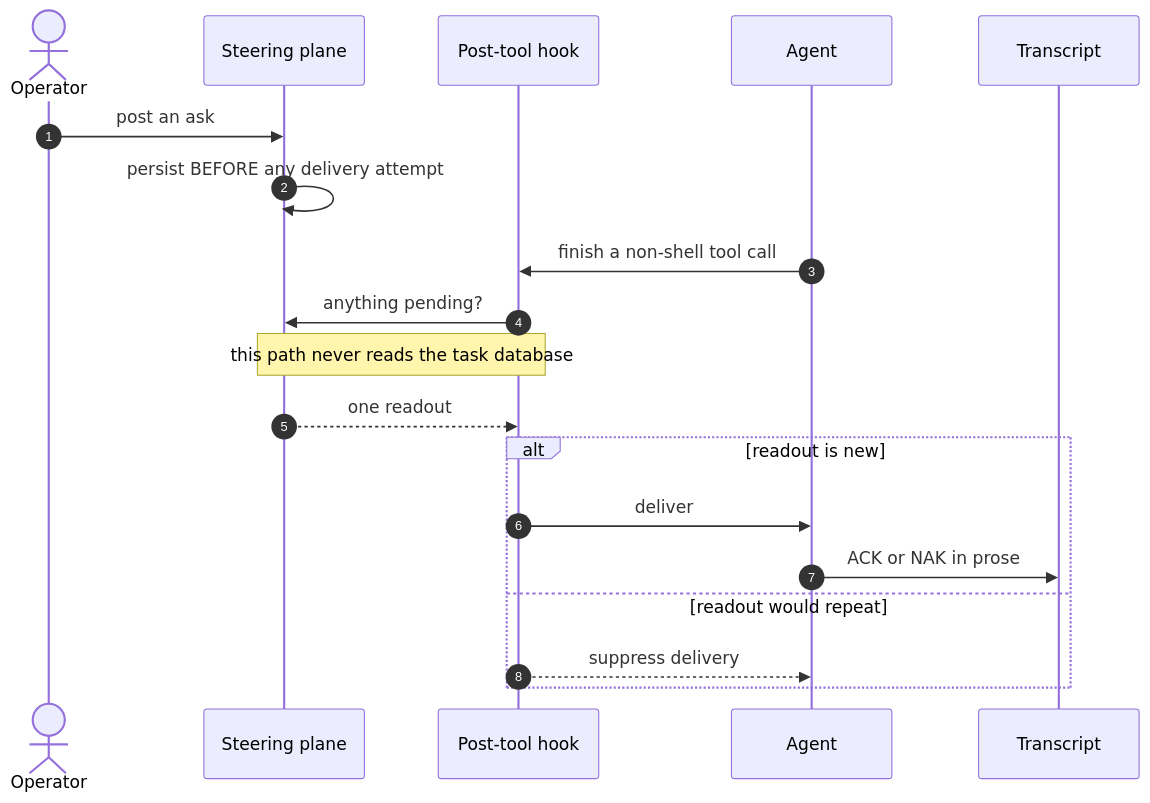
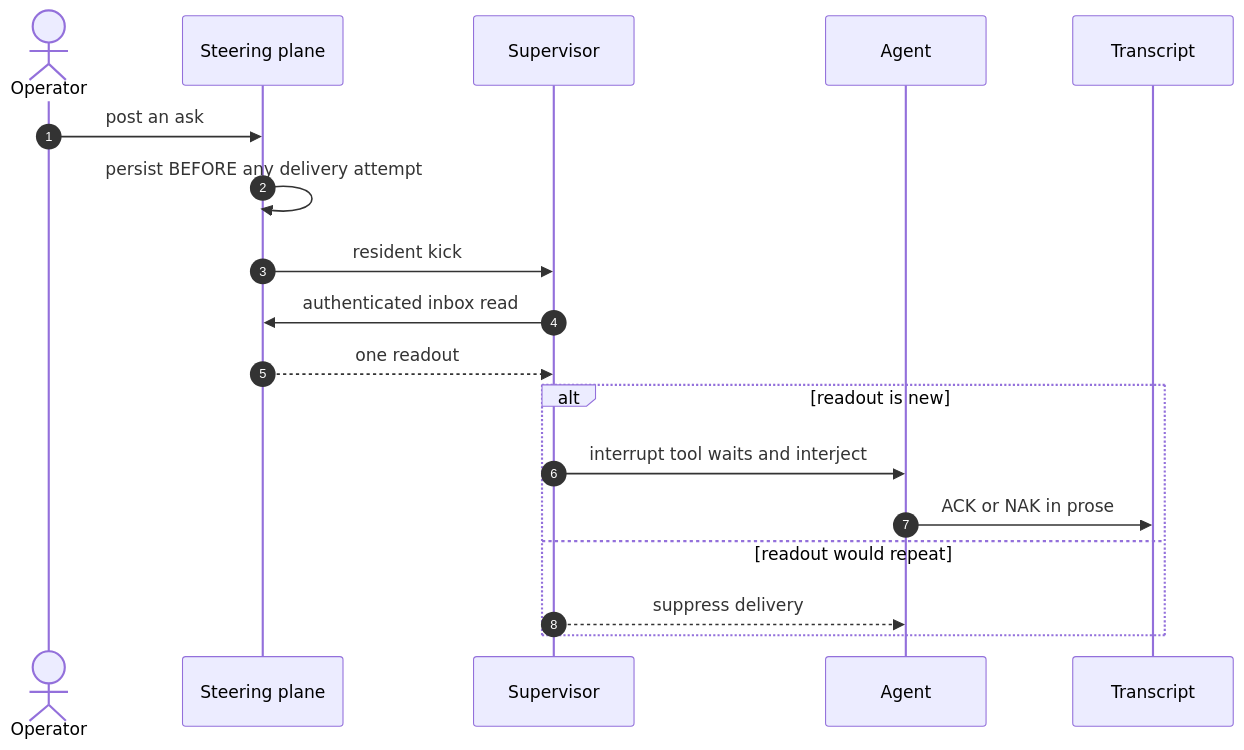
One commit to infimalabs/spice-rust changed the ninth of 11 diagrams in docs/product/planes/session.md. Above: the diagram before and after it, drawn with Mermaid. The commit also changed other lines of this file and 195 other files, not shown here.

````diff
--- a/docs/product/planes/session.md
+++ b/docs/product/planes/session.md
@@ -399,22 +399,21 @@
 ```mermaid
 sequenceDiagram
   autonumber
   actor OP as Operator
   participant ST as Steering plane
-  participant HK as Post-tool hook
+  participant SV as Supervisor
   participant AG as Agent
   participant TR as Transcript
 
   OP->>ST: post an ask
   ST->>ST: persist BEFORE any delivery attempt
-  AG->>HK: finish a non-shell tool call
-  HK->>ST: anything pending?
-  Note over HK,ST: this path never reads the task database
-  ST-->>HK: one readout
+  ST->>SV: resident kick
+  SV->>ST: authenticated inbox read
+  ST-->>SV: one readout
   alt readout is new
-    HK->>AG: deliver
+    SV->>AG: interrupt tool waits and interject
     AG->>TR: ACK or NAK in prose
   else readout would repeat
-    HK-->>AG: suppress delivery
+    SV-->>AG: suppress delivery
   end
 ```
````
